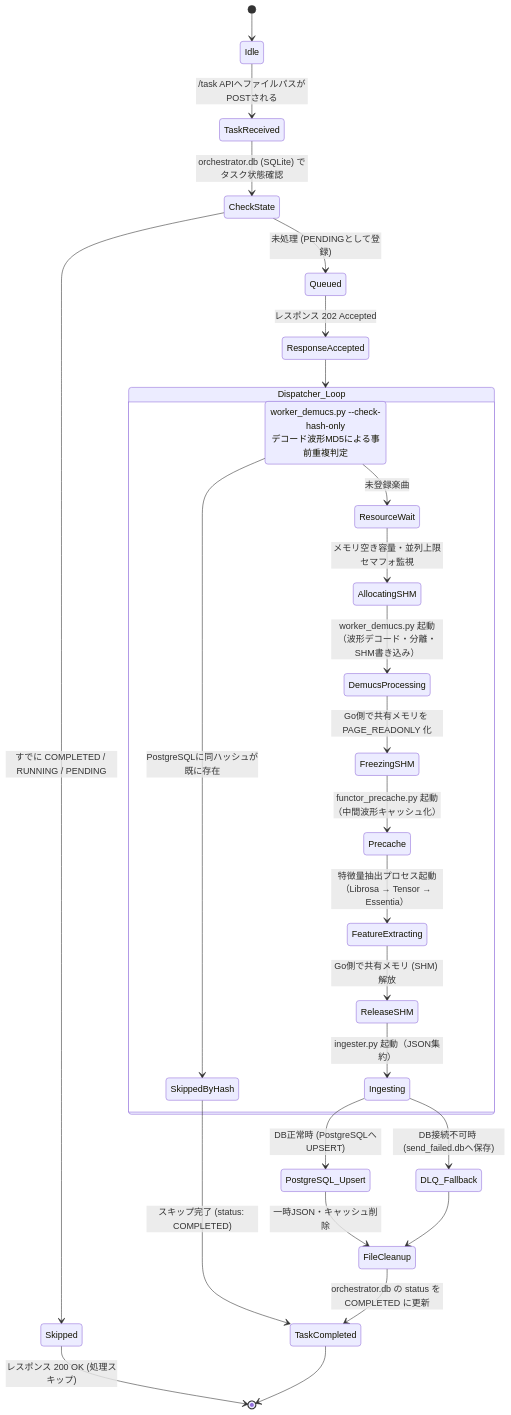
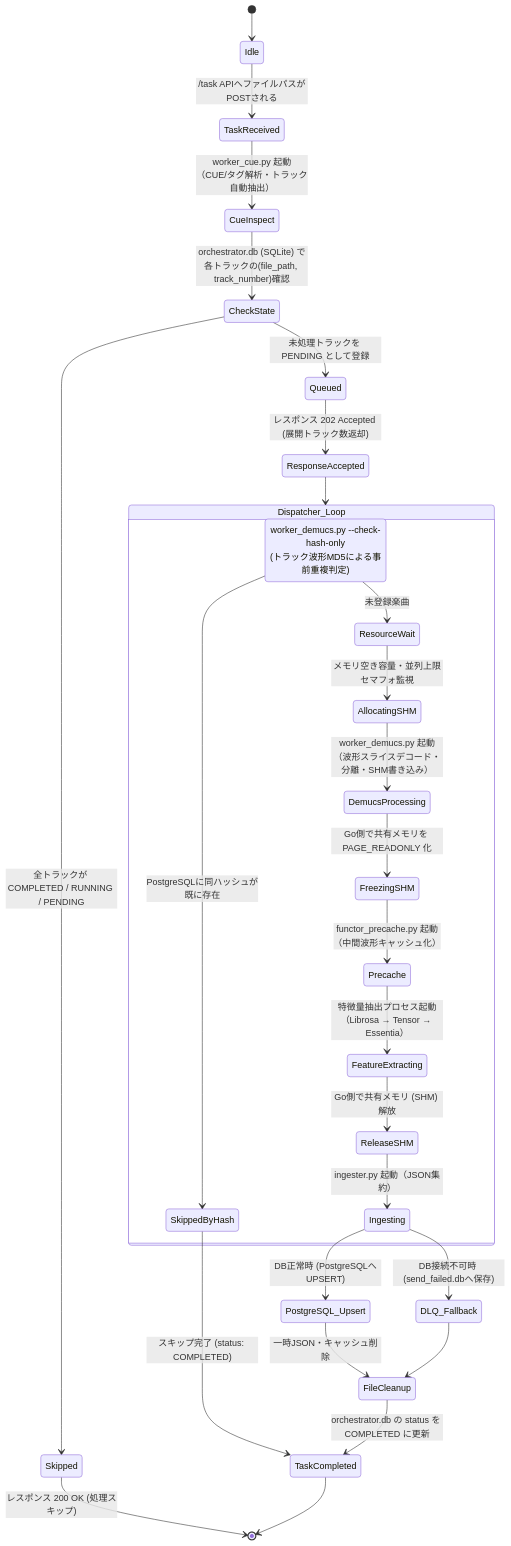
The first of 4 diagrams in README.md (letwir/flac_analyzer_forwin), drawn with Mermaid before and after one commit. The commit also changed other lines of this file and 3 other files, not shown here.

Commit message:
docs: update README.md state diagrams with CUE inspection flow

````diff
--- a/README.md
+++ b/README.md
@@ -127,37 +127,38 @@
 ```mermaid
 stateDiagram-v2
     [*] --> Idle
     Idle --> TaskReceived: /task APIへファイルパスがPOSTされる
-    TaskReceived --> CheckState: orchestrator.db (SQLite) でタスク状態確認
+    TaskReceived --> CueInspect: worker_cue.py 起動<br/>（CUE/タグ解析・トラック自動抽出）
+    CueInspect --> CheckState: orchestrator.db (SQLite) で各トラックの(file_path, track_number)確認
     
-    CheckState --> Skipped: すでに COMPLETED / RUNNING / PENDING
-    CheckState --> Queued: 未処理 (PENDINGとして登録)
+    CheckState --> Skipped: 全トラックが COMPLETED / RUNNING / PENDING
+    CheckState --> Queued: 未処理トラックを PENDING として登録
     
     Skipped --> [*]: レスポンス 200 OK (処理スキップ)
-    Queued --> ResponseAccepted: レスポンス 202 Accepted
+    Queued --> ResponseAccepted: レスポンス 202 Accepted (展開トラック数返却)
     ResponseAccepted --> Dispatcher_Loop
     
     state Dispatcher_Loop {
-        CheckHash: worker_demucs.py --check-hash-only<br/>デコード波形MD5による事前重複判定
+        CheckHash: worker_demucs.py --check-hash-only<br/>(トラック波形MD5による事前重複判定)
         CheckHash --> SkippedByHash: PostgreSQLに同ハッシュが既に存在
         CheckHash --> ResourceWait: 未登録楽曲
         
         ResourceWait --> AllocatingSHM: メモリ空き容量・並列上限セマフォ監視
-        AllocatingSHM --> DemucsProcessing: worker_demucs.py 起動<br/>（波形デコード・分離・SHM書き込み）
+        AllocatingSHM --> DemucsProcessing: worker_demucs.py 起動<br/>（波形スライスデコード・分離・SHM書き込み）
         DemucsProcessing --> FreezingSHM: Go側で共有メモリを PAGE_READONLY 化
         FreezingSHM --> Precache: functor_precache.py 起動<br/>（中間波形キャッシュ化）
         Precache --> FeatureExtracting: 特徴量抽出プロセス起動<br/>（Librosa → Tensor → Essentia）
         FeatureExtracting --> ReleaseSHM: Go側で共有メモリ (SHM) 解放
         ReleaseSHM --> Ingesting: ingester.py 起動（JSON集約）
     }
     
     SkippedByHash --> TaskCompleted: スキップ完了 (status: COMPLETED)
     Ingesting --> PostgreSQL_Upsert: DB正常時 (PostgreSQLへUPSERT)
     Ingesting --> DLQ_Fallback: DB接続不可時 (send_failed.dbへ保存)
     
     PostgreSQL_Upsert --> FileCleanup: 一時JSON・キャッシュ削除
     DLQ_Fallback --> FileCleanup
     
     FileCleanup --> TaskCompleted: orchestrator.db の status を COMPLETED に更新
     TaskCompleted --> [*]
 ```
````
